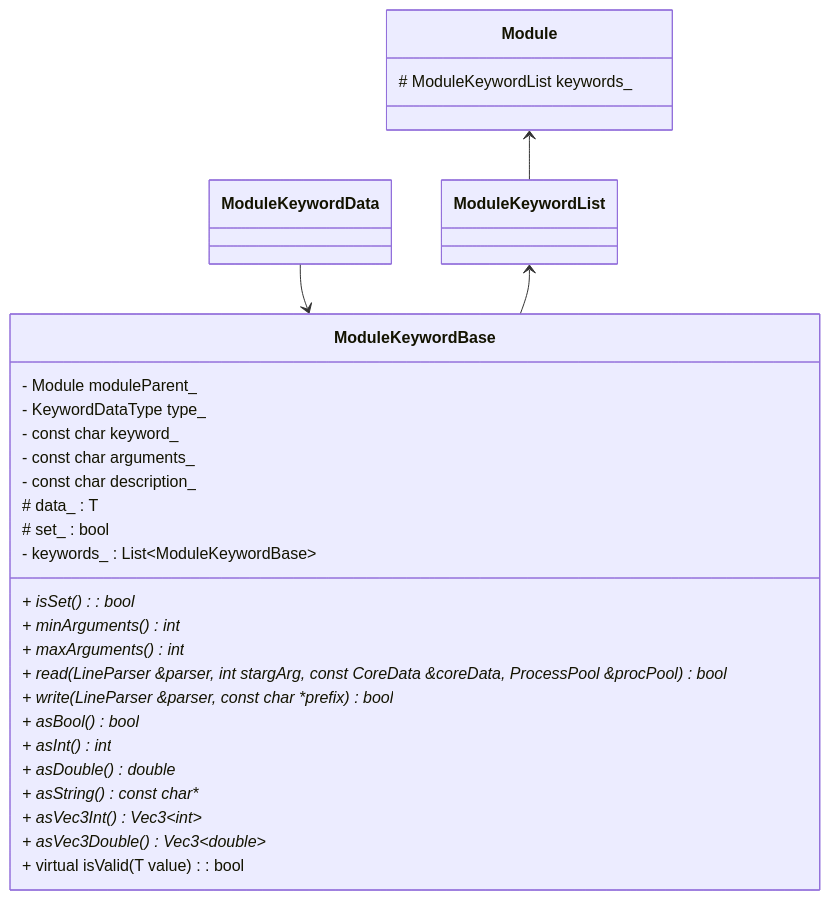
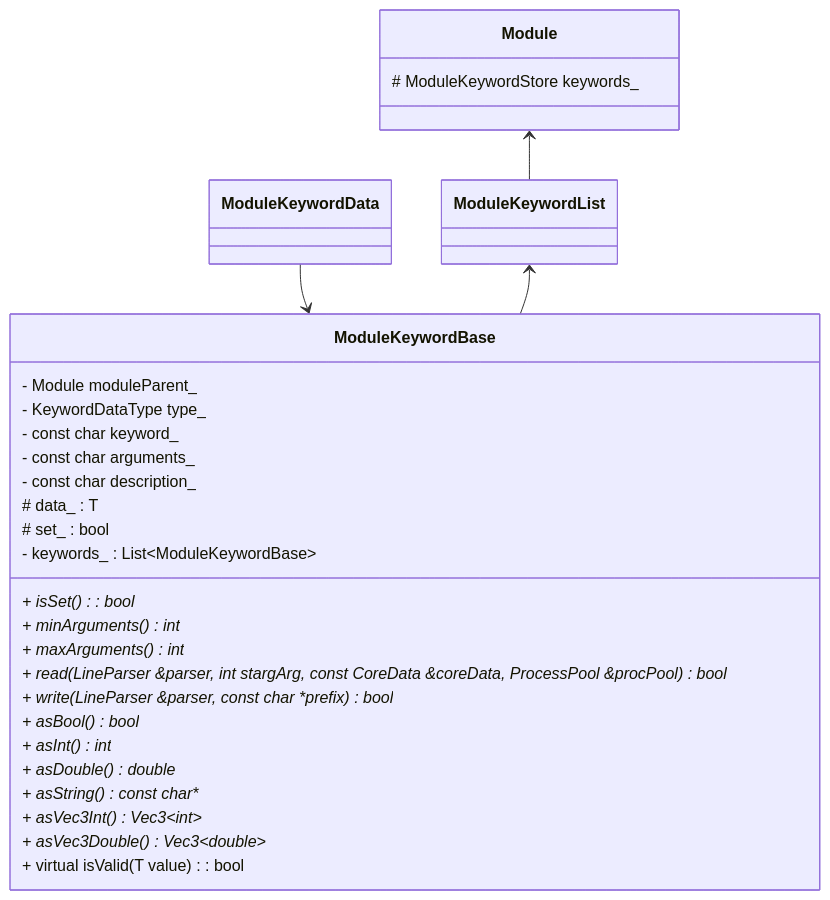
The diagram in web/content/docs/developers/overviews/keywordoptions.md (disorderedmaterials/dissolve), drawn with Mermaid before and after one commit. The commit also changed 15 other files, not shown here.

Commit message:
Rename KeywordList to KeywordStore.

```diff
--- a/web/content/docs/developers/overviews/keywordoptions.md
+++ b/web/content/docs/developers/overviews/keywordoptions.md
@@ -42,31 +42,31 @@
 {{< mermaid >}}
 classDiagram
     ModuleKeywordData --> ModuleKeywordBase
     ModuleKeywordList <-- ModuleKeywordBase
     Module <-- ModuleKeywordList
     class ModuleKeywordBase {
         - Module moduleParent_
         - KeywordDataType type_
         - const char keyword_
         - const char arguments_
         - const char description_
         + isSet()* :  bool
         + minArguments()* int
         + maxArguments()* int
         + read(LineParser &parser, int stargArg, const CoreData &coreData, ProcessPool &procPool)* bool
         + write(LineParser &parser, const char *prefix)* bool
         + asBool()* bool
         + asInt()* int
         + asDouble()* double
         + asString()* const char*
         + asVec3Int()* Vec3~int~
         + asVec3Double()* Vec3~double~
         # data_ : T
         # set_ : bool
         + virtual isValid(T value) : bool
         - keywords_ : List~ModuleKeywordBase~
     }
     class Module {
-        # ModuleKeywordList keywords_
+        # ModuleKeywordStore keywords_
     }
 {{< /mermaid >}}
```
